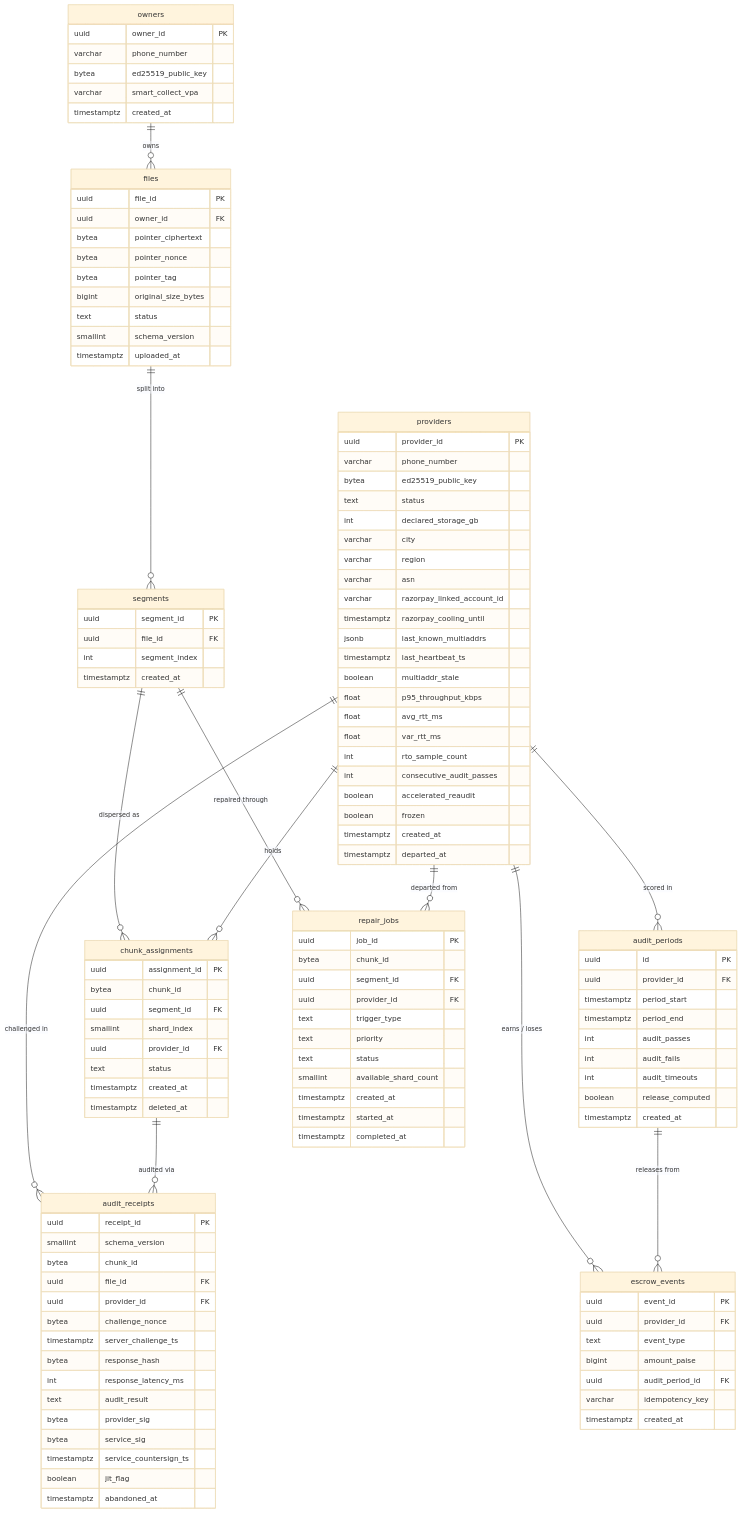
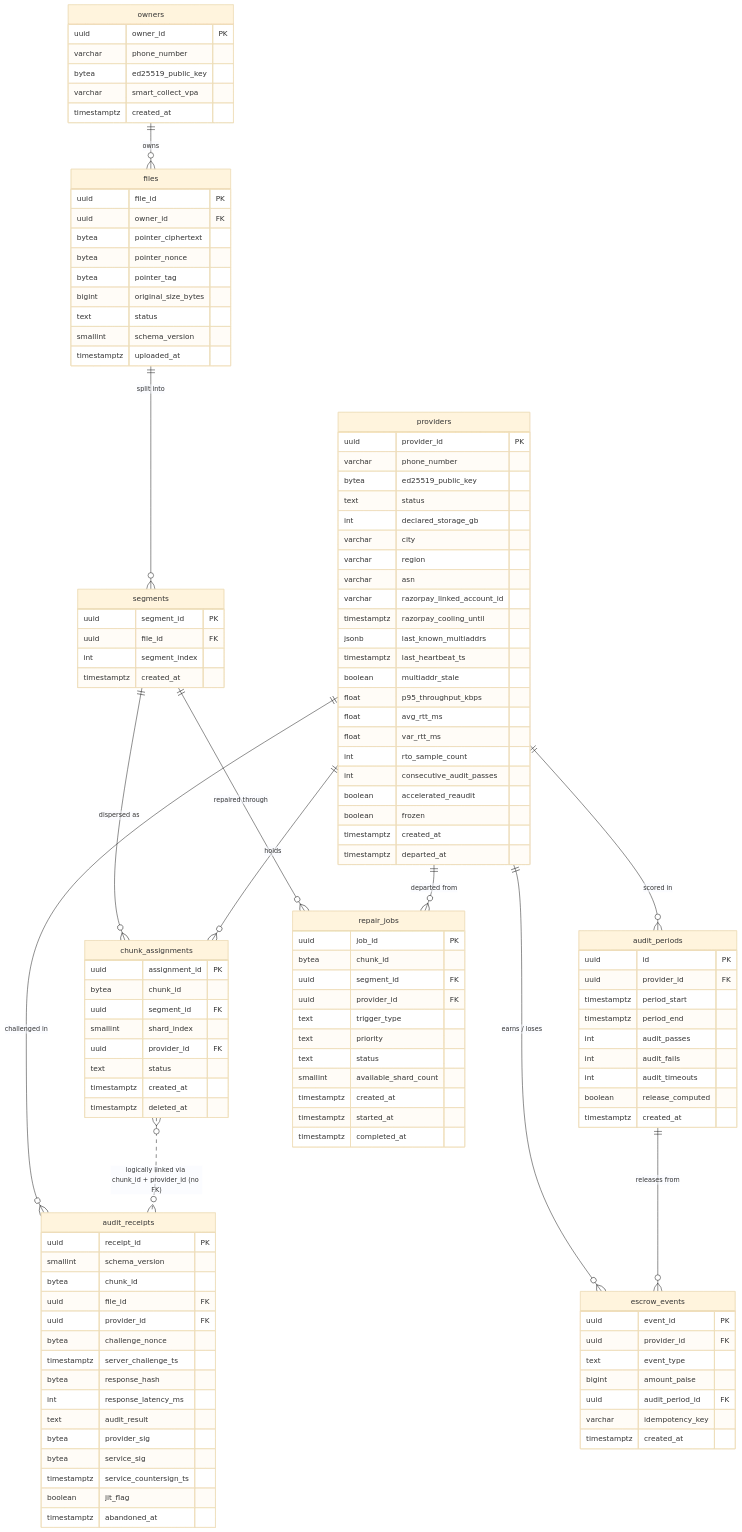
The diagram in docs/system-design/data-model.md (amar641/Vyomanaut_Research), drawn with Mermaid (base theme) before and after one commit. The commit also changed other lines of this file and 4 other files, not shown here.

````diff
--- a/docs/system-design/data-model.md
+++ b/docs/system-design/data-model.md
@@ -191,7 +191,7 @@
     providers     ||--o{ audit_receipts   : "challenged in"
     providers     ||--o{ escrow_events    : "earns / loses"
     audit_periods ||--o{ escrow_events    : "releases from"
-    chunk_assignments ||--o{ audit_receipts : "audited via"
+    chunk_assignments }o..o{ audit_receipts : "logically linked via chunk_id + provider_id (no FK)"
     segments      ||--o{ repair_jobs      : "repaired through"
     providers     ||--o{ repair_jobs      : "departed from"
 ```
````
